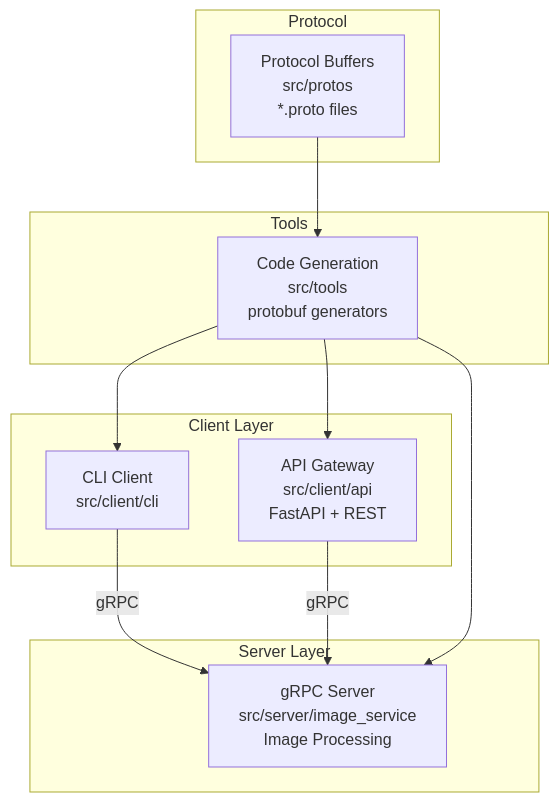
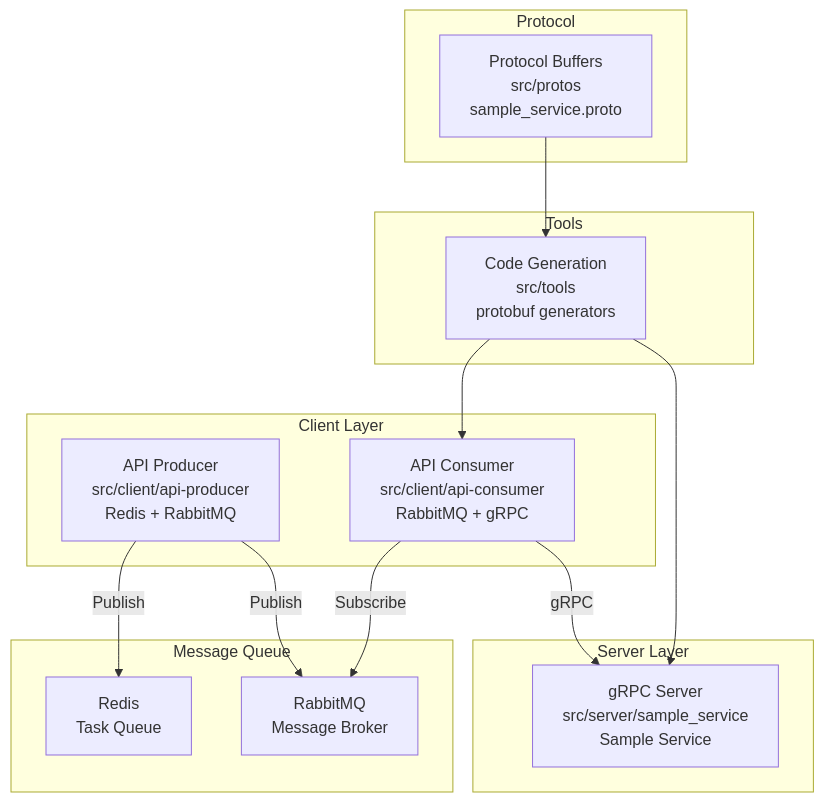
Before and after one commit to PuemMTH/poc_grpc: the first of 2 diagrams in README.MD, drawn with Mermaid. The commit also changed other lines of this file and 3 other files, not shown here.

````diff
--- a/README.MD
+++ b/README.MD
@@ -7,26 +17,32 @@
 ```mermaid
 graph TB
     subgraph "Client Layer"
-        CLI[CLI Client<br/>src/client/cli]
-        API[API Gateway<br/>src/client/api<br/>FastAPI + REST]
+        PRODUCER[API Producer<br/>src/client/api-producer<br/>Redis + RabbitMQ]
+        CONSUMER[API Consumer<br/>src/client/api-consumer<br/>RabbitMQ + gRPC]
     end
 
     subgraph "Server Layer"
-        GRPC[gRPC Server<br/>src/server/image_service<br/>Image Processing]
+        GRPC[gRPC Server<br/>src/server/sample_service<br/>Sample Service]
+    end
+
+    subgraph "Message Queue"
+        REDIS[Redis<br/>Task Queue]
+        RABBITMQ[RabbitMQ<br/>Message Broker]
     end
 
     subgraph "Protocol"
-        PROTO[Protocol Buffers<br/>src/protos<br/>*.proto files]
+        PROTO[Protocol Buffers<br/>src/protos<br/>sample_service.proto]
     end
 
     subgraph "Tools"
         TOOLS[Code Generation<br/>src/tools<br/>protobuf generators]
     end
 
-    CLI -->|gRPC| GRPC
-    API -->|gRPC| GRPC
+    PRODUCER -->|Publish| REDIS
+    PRODUCER -->|Publish| RABBITMQ
+    CONSUMER -->|Subscribe| RABBITMQ
+    CONSUMER -->|gRPC| GRPC
     PROTO --> TOOLS
-    TOOLS --> CLI
-    TOOLS --> API
+    TOOLS --> CONSUMER
     TOOLS --> GRPC
 ```
````
